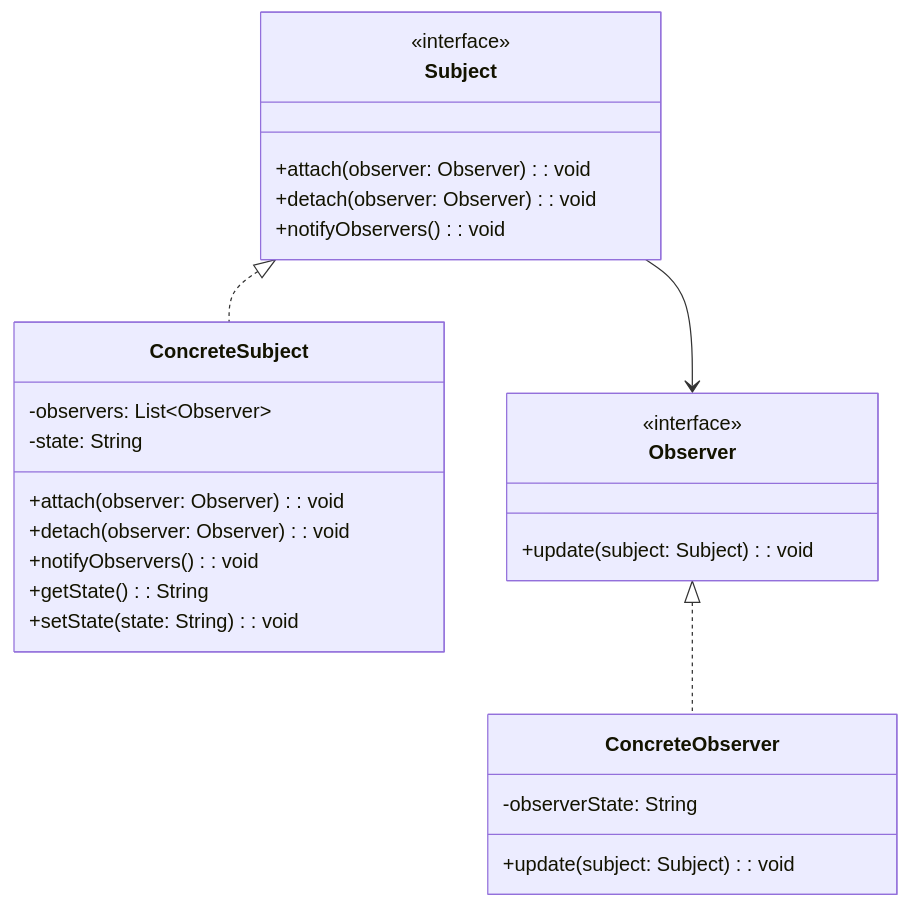
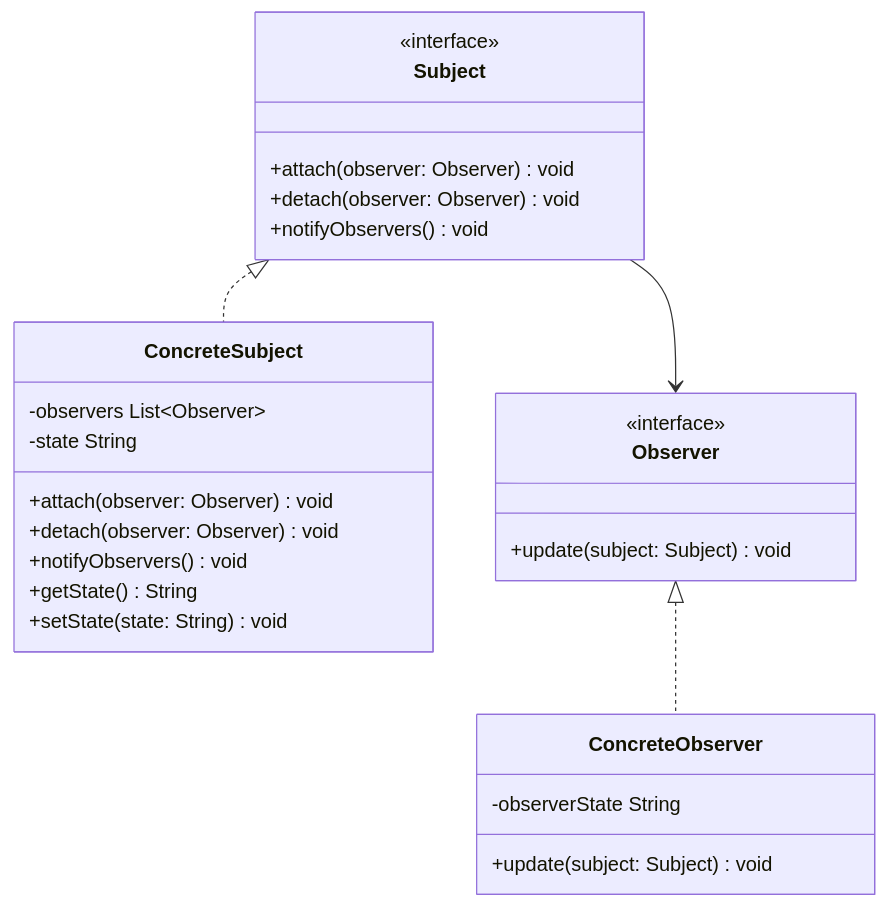
Before and after one commit to chihhung/Blog: diagram 17 of 29 in content/posts/教學/分析與設計/Design Pattern教學.md, drawn with Mermaid. The commit also changed other lines of this file and 5 other files, not shown here.

````diff
--- a/content/posts/教學/分析與設計/Design Pattern教學.md
+++ b/content/posts/教學/分析與設計/Design Pattern教學.md
@@ -3678,33 +3678,33 @@
 ```mermaid
 classDiagram
     class Subject {
         <<interface>>
-        +attach(observer: Observer): void
-        +detach(observer: Observer): void
-        +notifyObservers(): void
+        +attach(observer: Observer) void
+        +detach(observer: Observer) void
+        +notifyObservers() void
     }
     
     class ConcreteSubject {
-        -observers: List~Observer~
-        -state: String
-        +attach(observer: Observer): void
-        +detach(observer: Observer): void
-        +notifyObservers(): void
-        +getState(): String
-        +setState(state: String): void
+        -observers List~Observer~
+        -state String
+        +attach(observer: Observer) void
+        +detach(observer: Observer) void
+        +notifyObservers() void
+        +getState() String
+        +setState(state: String) void
     }
     
     class Observer {
         <<interface>>
-        +update(subject: Subject): void
+        +update(subject: Subject) void
     }
     
     class ConcreteObserver {
-        -observerState: String
-        +update(subject: Subject): void
+        -observerState String
+        +update(subject: Subject) void
     }
     
     Subject <|.. ConcreteSubject
     Observer <|.. ConcreteObserver
     Subject --> Observer
 ```
````
